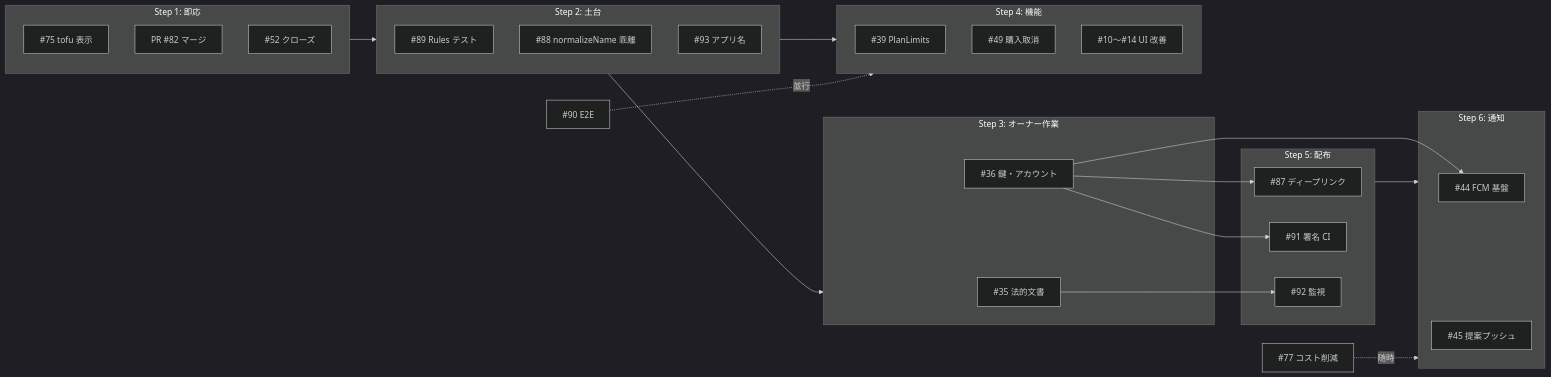
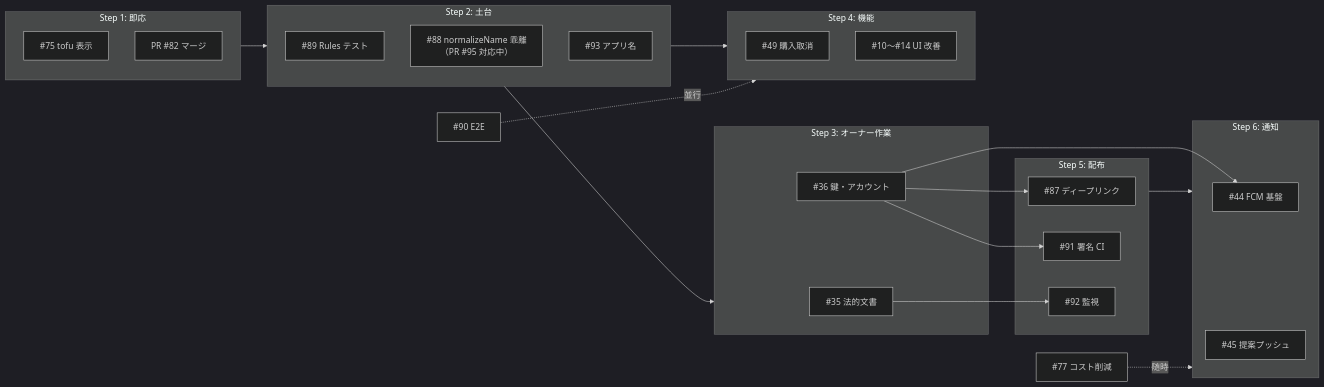
One commit to ekusy/shopping-list-app-flutter changed the diagram in docs/開発計画/実装順序.md. Above: the diagram before and after it, drawn with Mermaid (dark theme). The commit also changed other lines of this file and 1 other file, not shown here.

````diff
--- a/docs/開発計画/実装順序.md
+++ b/docs/開発計画/実装順序.md
@@ -23,40 +34,38 @@
 ```mermaid
 flowchart LR
     subgraph S1["Step 1: 即応"]
         A75["#75 tofu 表示"]
         A82["PR #82 マージ"]
-        A52["#52 クローズ"]
     end
     subgraph S2["Step 2: 土台"]
         A89["#89 Rules テスト"]
-        A88["#88 normalizeName 乖離"]
+        A88["#88 normalizeName 乖離<br/>（PR #95 対応中）"]
         A93a["#93 アプリ名"]
     end
     subgraph S3["Step 3: オーナー作業"]
         A35["#35 法的文書"]
         A36["#36 鍵・アカウント"]
     end
     subgraph S4["Step 4: 機能"]
-        A39["#39 PlanLimits"]
         A49["#49 購入取消"]
         A10["#10〜#14 UI 改善"]
     end
     subgraph S5["Step 5: 配布"]
         A87["#87 ディープリンク"]
         A91["#91 署名 CI"]
         A92["#92 監視"]
     end
     subgraph S6["Step 6: 通知"]
         A44["#44 FCM 基盤"]
         A45["#45 提案プッシュ"]
     end
     S1 --> S2 --> S4
     S2 --> S3
     A35 --> A92
     A36 --> A87
     A36 --> A91
     A36 --> A44
     S5 --> S6
     A90["#90 E2E"] -.並行.-> S4
     A77["#77 コスト削減"] -.随時.-> S6
 ```
````
